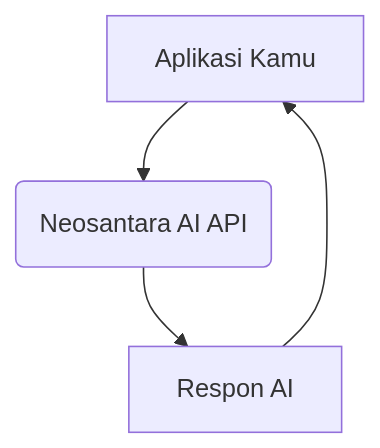
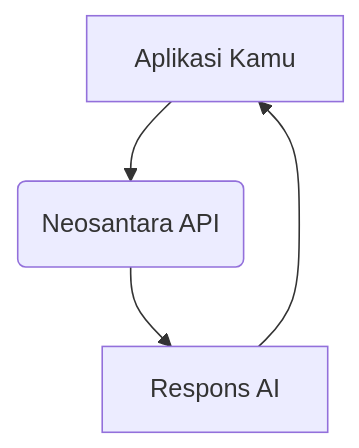
Before and after one commit to ErRickow/docs: the diagram in id/about.mdx, drawn with Mermaid. The commit also changed other lines of this file and 79 other files, not shown here.

````diff
--- a/id/about.mdx
+++ b/id/about.mdx
@@ -40,6 +40,6 @@
 ```mermaid
 graph TD
-   A[Aplikasi Kamu] --> B(Neosantara AI API);
-   B --> C[Respon AI];
+   A[Aplikasi Kamu] --> B(Neosantara API);
+   B --> C[Respons AI];
    C --> A;
 ```
````
